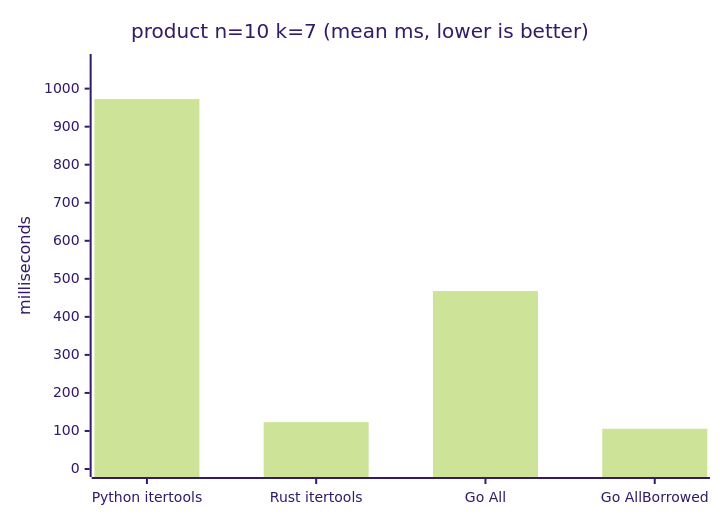
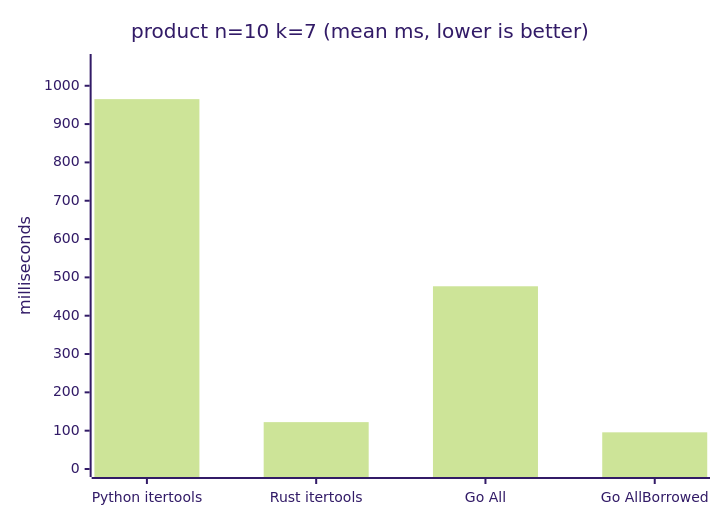
Before and after one commit to natemcintosh/gocombinatorics: the ninth of 10 diagrams in bench/RESULTS.md, drawn with Mermaid (forest theme). The commit also changed other lines of this file and 1 other file, not shown here.

````diff
--- a/bench/RESULTS.md
+++ b/bench/RESULTS.md
@@ -207,7 +207,7 @@
 ```mermaid
 xychart-beta
     title "product n=10 k=7 (mean ms, lower is better)"
     x-axis ["Python itertools", "Rust itertools", "Go All", "Go AllBorrowed"]
-    y-axis "milliseconds" 0 --> 1070
-    bar [972.6, 123.2, 467.8, 105.8]
+    y-axis "milliseconds" 0 --> 1062
+    bar [965.1, 122.3, 476.8, 95.7]
 ```
````
